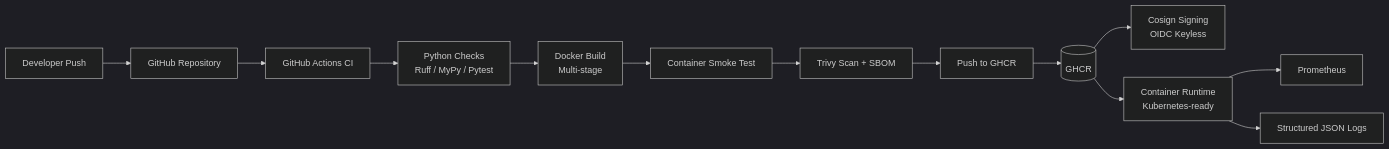
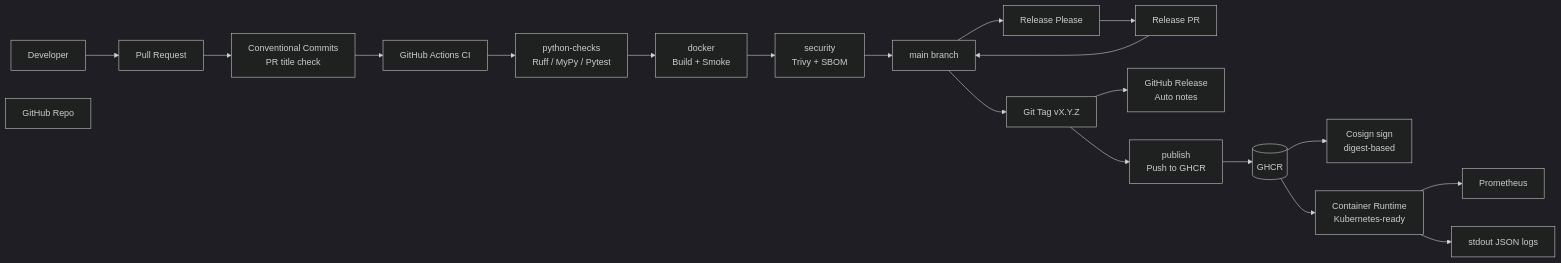
One commit to predrag86/sunairio changed the diagram in README.md. Above: the diagram before and after it, drawn with Mermaid (dark theme). The commit also changed other lines of this file, not shown here.

Commit message:
docs: update README with release automation

````diff
--- a/README.md
+++ b/README.md
@@ -20,29 +21,32 @@
-``` mermaid
+```mermaid
 flowchart LR
-    Dev[Developer Push]
-    GH[GitHub Repository]
+    Dev[Developer]
+    GH[GitHub Repo]
+    PR[Pull Request]
+    CC[Conventional Commits<br/>PR title check]
     CI[GitHub Actions CI]
-    Tests[Python Checks<br/>Ruff / MyPy / Pytest]
-    DockerBuild[Docker Build<br/>Multi-stage]
-    Smoke[Container Smoke Test]
-    Security[Trivy Scan + SBOM]
-    Publish[Push to GHCR]
-    Sign[Cosign Signing<br/>OIDC Keyless]
+    Py[python-checks<br/>Ruff / MyPy / Pytest]
+    Db[docker<br/>Build + Smoke]
+    Sec[security<br/>Trivy + SBOM]
+    Main[main branch]
+    RP[Release Please]
+    RPR[Release PR]
+    Tag[Git Tag vX.Y.Z]
+    Rel[GitHub Release<br/>Auto notes]
+    Pub[publish<br/>Push to GHCR]
+    Cos[Cosign sign<br/>digest-based]
     Registry[(GHCR)]
     Runtime[Container Runtime<br/>Kubernetes-ready]
-    Metrics[Prometheus]
-    Logs[Structured JSON Logs]
+    Prom[Prometheus]
+    Logs[stdout JSON logs]
 
-    Dev --> GH
-    GH --> CI
-    CI --> Tests
-    Tests --> DockerBuild
-    DockerBuild --> Smoke
-    Smoke --> Security
-    Security --> Publish
-    Publish --> Registry
-    Registry --> Sign
-    Registry --> Runtime
-    Runtime --> Metrics
+    Dev --> PR --> CC
+    CC --> CI
+    CI --> Py --> Db --> Sec
+    Sec --> Main
+    Main --> RP --> RPR --> Main
+    Main --> Tag --> Rel
+    Tag --> Pub --> Registry --> Cos
+    Registry --> Runtime --> Prom
     Runtime --> Logs
 ```
````
